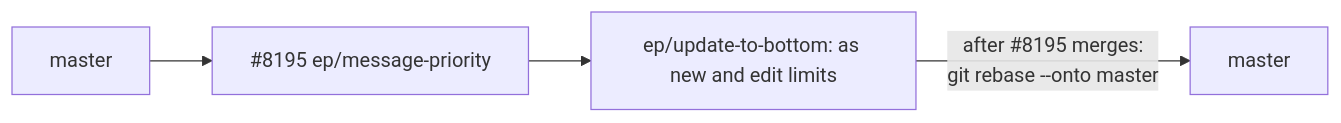
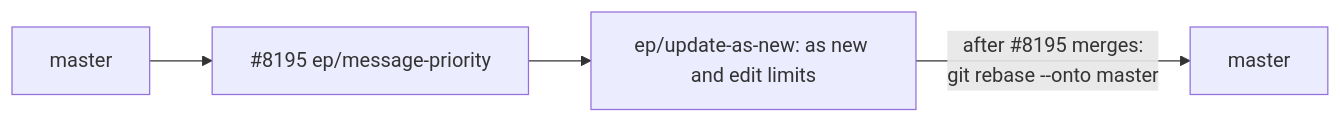
The fifth of 5 diagrams in plans/2026-11-21-update-as-new.md (simplex-chat/simplex-chat), drawn with Mermaid before and after one commit. The commit also changed other lines of this file and 1 other file, not shown here.

Commit message:
plans: updates as new and edit limits as implemented

````diff
--- a/plans/2026-11-21-update-as-new.md
+++ b/plans/2026-11-21-update-as-new.md
@@ -326,6 +329,6 @@
 ```mermaid
 flowchart LR
   M[master] --> PRI["#8195 ep/message-priority"]
-  PRI --> THIS["ep/update-to-bottom: as new and edit limits"]
+  PRI --> THIS["ep/update-as-new: as new and edit limits"]
   THIS -->|"after #8195 merges:<br>git rebase --onto master"| M2[master]
 ```
````
